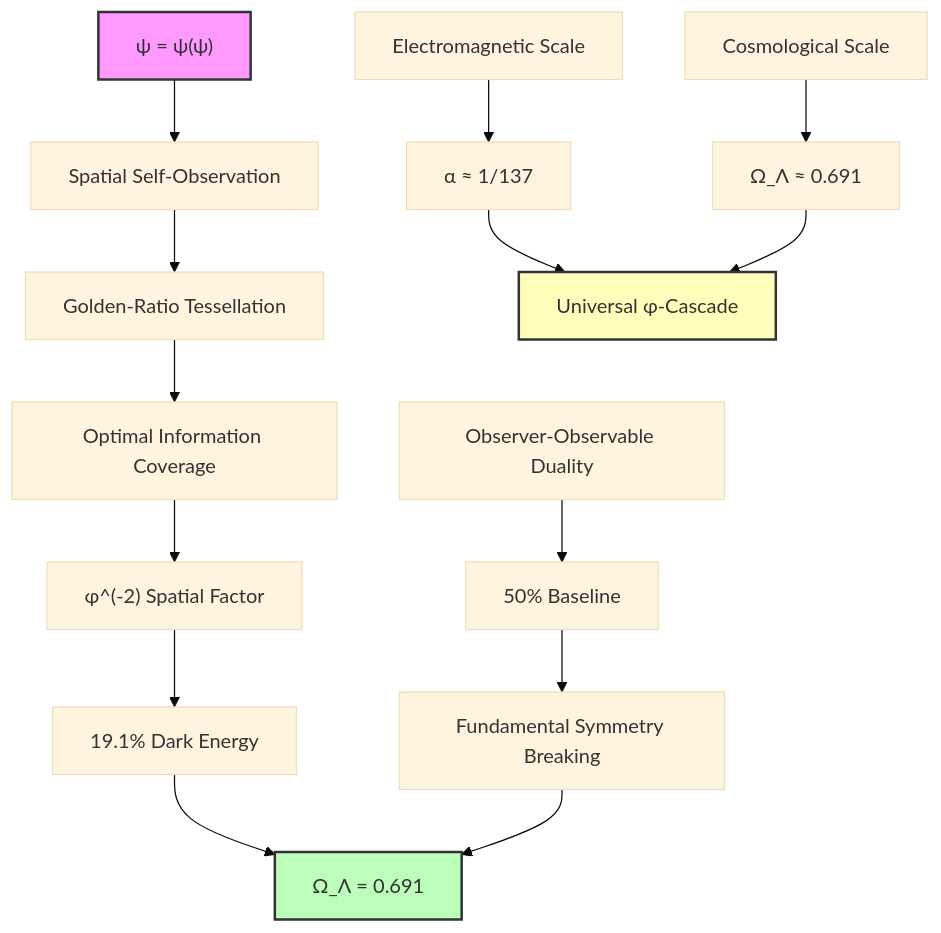
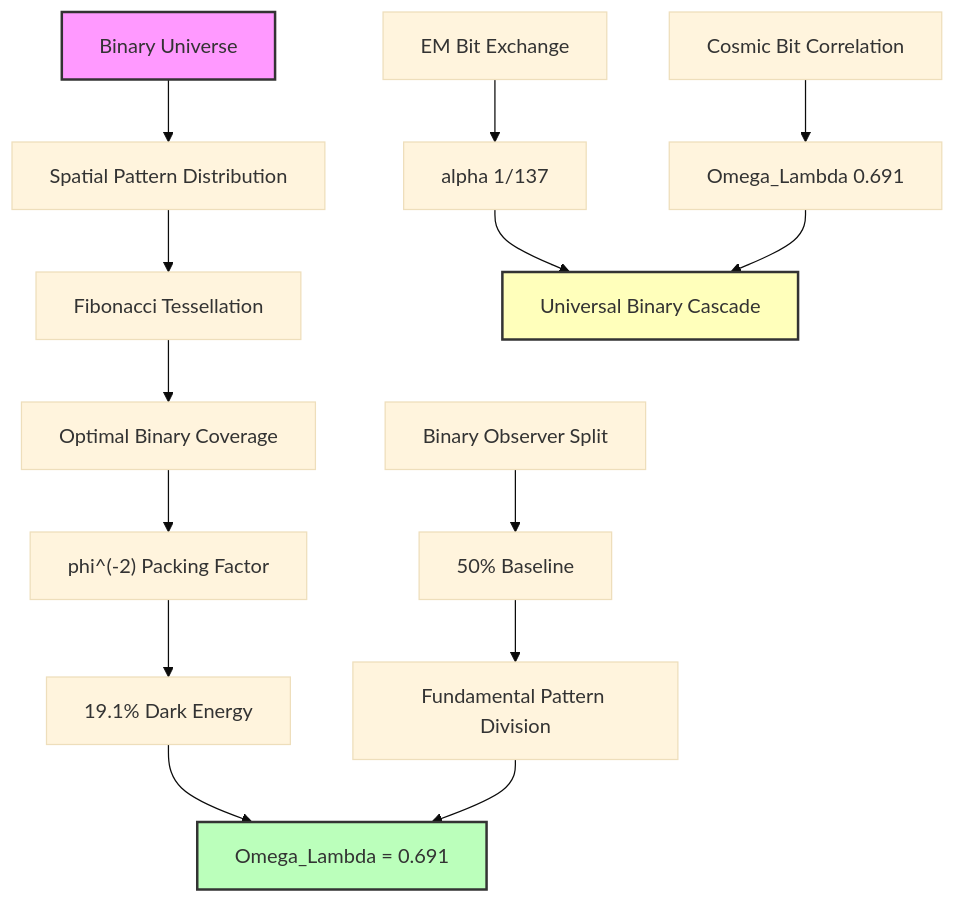
Before and after one commit to loning/the-phys: the second of 2 diagrams in docs/psi-constants/part-04-collapse-cosmology/chapter-051-omega-lambda-collapse-path-entropy-average.md, drawn with Mermaid (base theme). The commit also changed other lines of this file and 3 other files, not shown here.

````diff
--- a/docs/psi-constants/part-04-collapse-cosmology/chapter-051-omega-lambda-collapse-path-entropy-average.md
+++ b/docs/psi-constants/part-04-collapse-cosmology/chapter-051-omega-lambda-collapse-path-entropy-average.md
@@ -231,22 +253,22 @@
 ```mermaid
 graph TD
-    A["ψ = ψ(ψ)"] --> B["Spatial Self-Observation"]
-    B --> C["Golden-Ratio Tessellation"]
-    C --> D["Optimal Information Coverage"]
-    D --> E["φ^(-2) Spatial Factor"]
+    A["Binary Universe"] --> B["Spatial Pattern Distribution"]
+    B --> C["Fibonacci Tessellation"]
+    C --> D["Optimal Binary Coverage"]
+    D --> E["phi^(-2) Packing Factor"]
     E --> F["19.1% Dark Energy"]
     
-    G["Observer-Observable Duality"] --> H["50% Baseline"]
-    H --> I["Fundamental Symmetry Breaking"]
-    F --> J["Ω_Λ = 0.691"]
+    G["Binary Observer Split"] --> H["50% Baseline"]
+    H --> I["Fundamental Pattern Division"]
+    F --> J["Omega_Lambda = 0.691"]
     I --> J
     
-    K["Electromagnetic Scale"] --> L["α ≈ 1/137"]
-    M["Cosmological Scale"] --> N["Ω_Λ ≈ 0.691"]
-    L --> O["Universal φ-Cascade"]
+    K["EM Bit Exchange"] --> L["alpha 1/137"]
+    M["Cosmic Bit Correlation"] --> N["Omega_Lambda 0.691"]
+    L --> O["Universal Binary Cascade"]
     N --> O
     
     style A fill:#f9f,stroke:#333,stroke-width:2px
     style J fill:#bfb,stroke:#333,stroke-width:2px
     style O fill:#ffb,stroke:#333,stroke-width:2px
 ```
````
